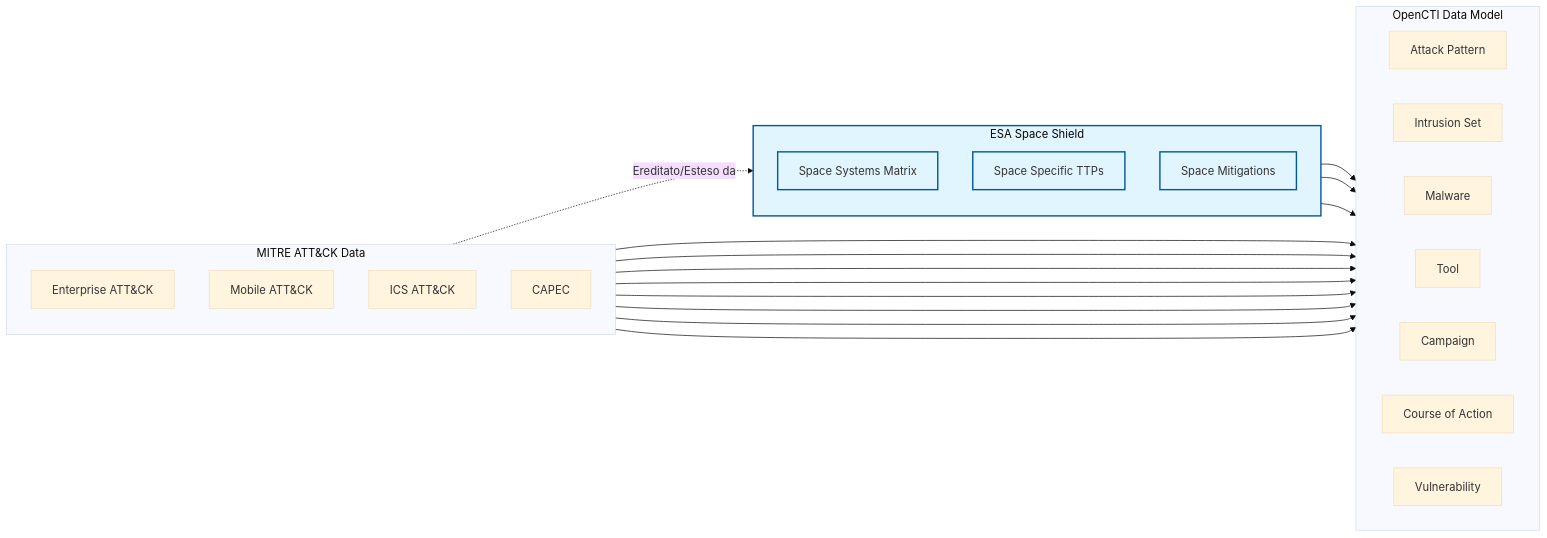
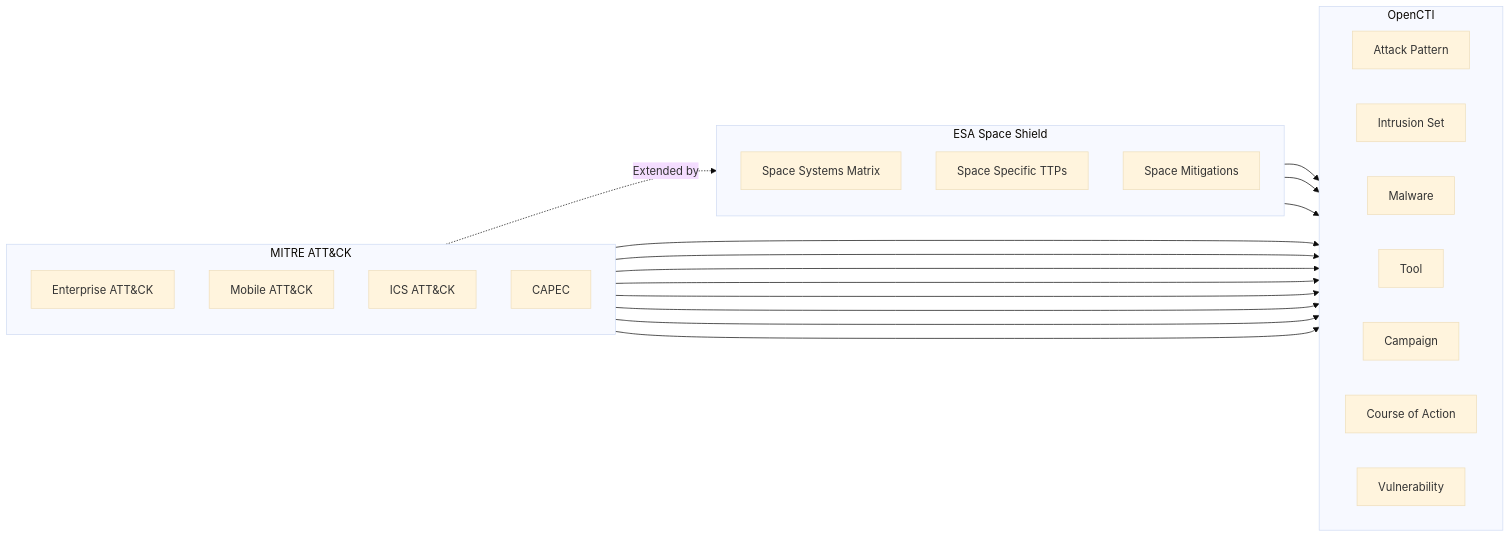
Before and after one commit to SERLABUniba/opencti_connector_spaceshield: the diagram in README.md, drawn with Mermaid (base theme).

````diff
--- a/README.md
+++ b/README.md
@@ -148,50 +148,49 @@
 ```mermaid
 graph LR
-    subgraph MITRE_GitHub [MITRE ATT&CK Data]
+    subgraph MITRE_GitHub [MITRE ATT&CK]
         direction TB
         Enterprise[Enterprise ATT&CK]
         Mobile[Mobile ATT&CK]
         ICS[ICS ATT&CK]
         CAPEC[CAPEC]
     end
 
     subgraph ESA_SpaceShield [ESA Space Shield]
         direction TB
         SpaceMatrix[Space Systems Matrix]
         SpaceTechniques[Space Specific TTPs]
         SpaceMitigations[Space Mitigations]
     end
 
-    subgraph OpenCTI_Entities [OpenCTI Data Model]
+    subgraph OpenCTI_Entities [OpenCTI]
         direction LR
         AttackPattern[Attack Pattern]
         IntrusionSet[Intrusion Set]
         Malware[Malware]
         Tool[Tool]
         Campaign[Campaign]
         Course[Course of Action]
         Vulnerability[Vulnerability]
     end
 
     %% Heredity
-    Enterprise -.-> |"Ereditato/Esteso da"| SpaceMatrix
+    Enterprise -.-> |"Extended by"| SpaceMatrix
     
     %% Mapping MITRE -> OpenCTI
     Enterprise --> AttackPattern
     Enterprise --> IntrusionSet
     Enterprise --> Malware
     Enterprise --> Tool
     Enterprise --> Campaign
     Enterprise --> Course
     CAPEC --> AttackPattern
     CAPEC --> Vulnerability
 
     %% Mapping Space Shield -> OpenCTI
     SpaceMatrix --> AttackPattern
     SpaceTechniques --> AttackPattern
     SpaceMitigations --> Course
     
     
-    classDef space fill:#e1f5fe,stroke:#01579b,stroke-width:2px;
-    class ESA_SpaceShield,SpaceMatrix,SpaceTechniques,SpaceMitigations space;
+
 ```
````
